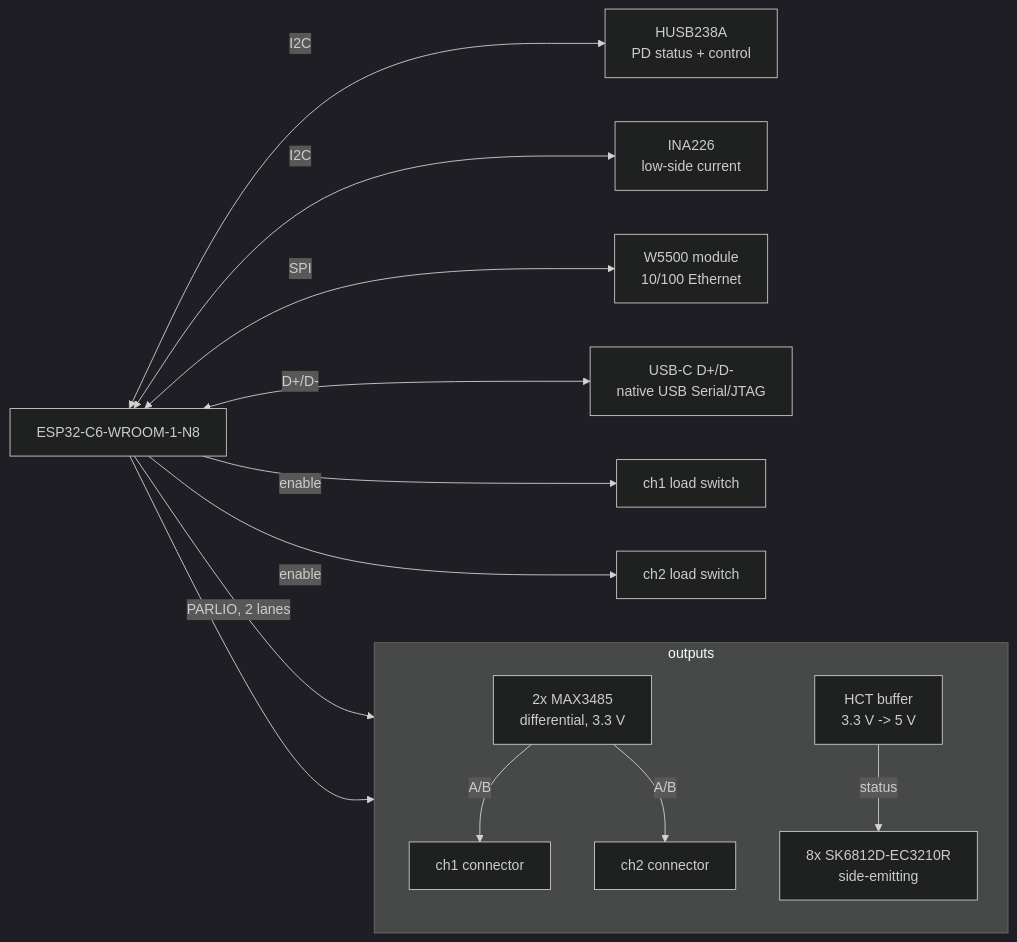
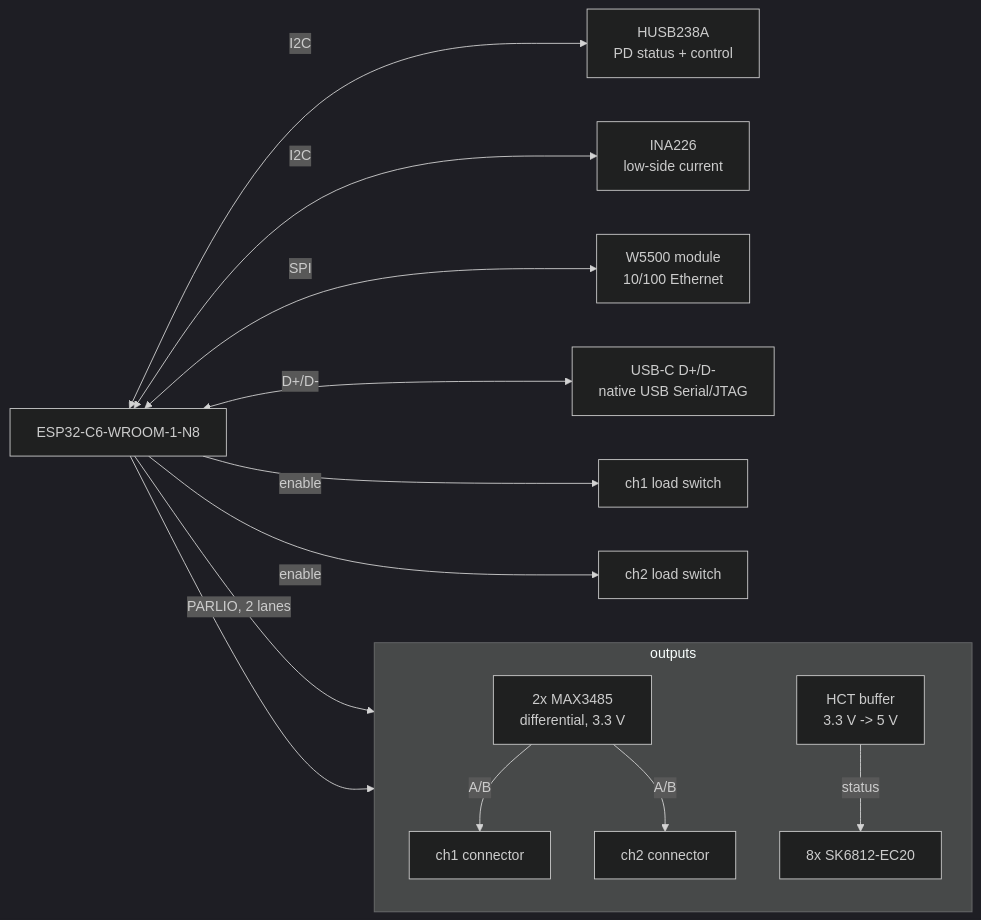
The second of 4 diagrams in designs/led-matrix-controller/README.md (lucsoft/pcb-design), drawn with Mermaid (dark theme) before and after one commit. The commit also changed other lines of this file and 2 other files, not shown here.

````diff
--- a/designs/led-matrix-controller/README.md
+++ b/designs/led-matrix-controller/README.md
@@ -105,29 +107,29 @@
 ```mermaid
 flowchart LR
     MCU["ESP32-C6-WROOM-1-N8"]
 
     PD["HUSB238A<br/>PD status + control"]
     INA["INA226<br/>low-side current"]
     ETH["W5500 module<br/>10/100 Ethernet"]
     USBD["USB-C D+/D-<br/>native USB Serial/JTAG"]
 
     subgraph OUTS["outputs"]
         direction TB
         RS485["2x MAX3485<br/>differential, 3.3 V"] -->|"A/B"| CN1["ch1 connector"]
         RS485 -->|"A/B"| CN2["ch2 connector"]
         BUF["HCT buffer<br/>3.3 V -> 5 V"]
-        BUF -->|status| LEDS["8x SK6812D-EC3210R<br/>side-emitting"]
+        BUF -->|status| LEDS["8x SK6812-EC20"]
     end
 
     SW1["ch1 load switch"]
     SW2["ch2 load switch"]
 
     MCU <-->|I2C| PD
     MCU <-->|I2C| INA
     MCU <-->|SPI| ETH
     MCU <-->|"D+/D-"| USBD
     MCU -->|"PARLIO, 2 lanes"| RS485
     MCU --> BUF
     MCU -->|enable| SW1
     MCU -->|enable| SW2
 ```
````
